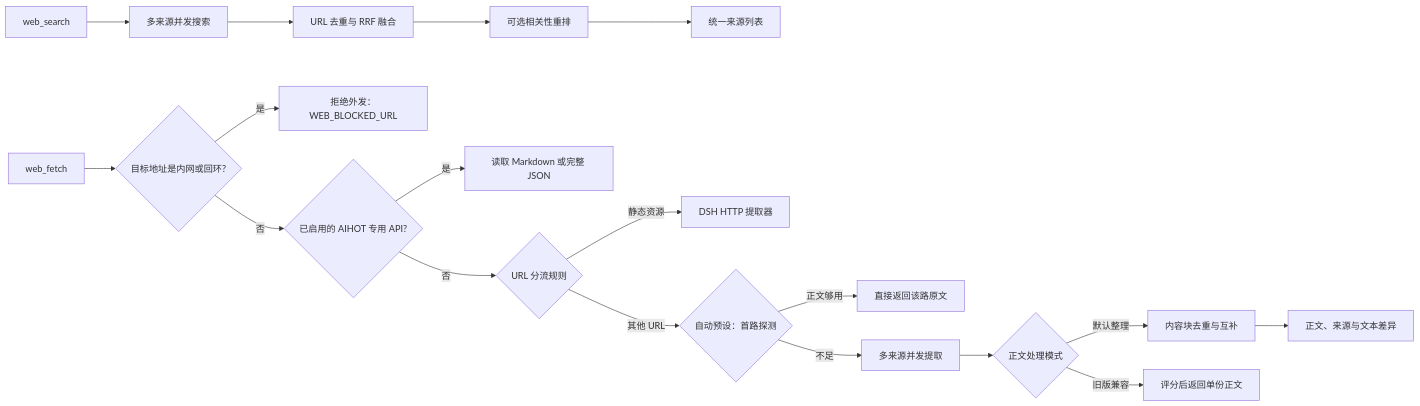
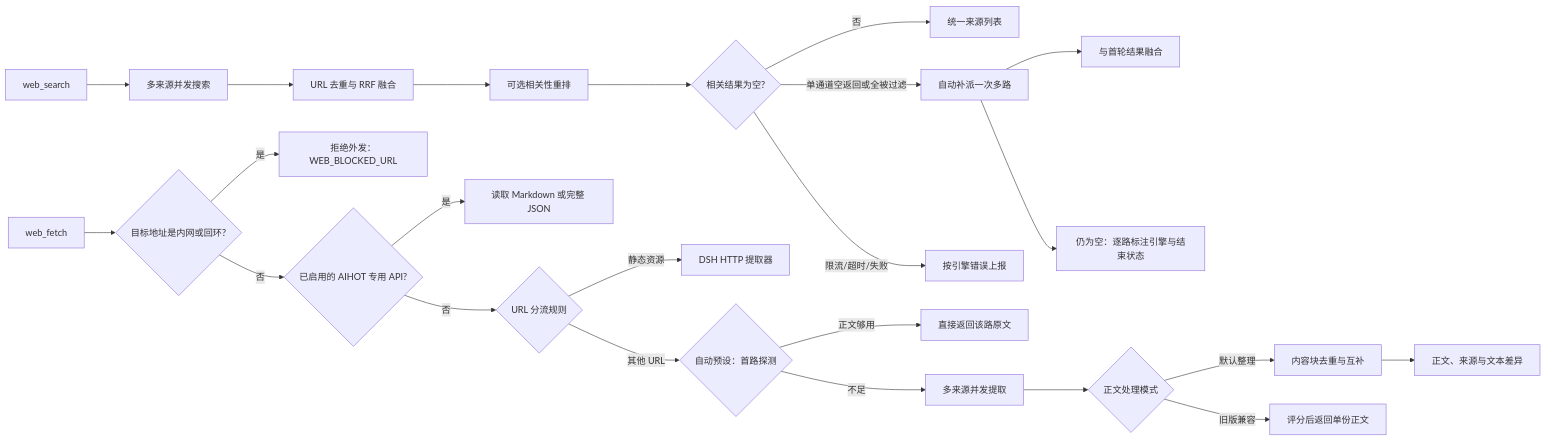
Before and after one commit to qikairo7/dsh-web-search-fetch: the diagram in README.md, drawn with Mermaid. The commit also changed other lines of this file, not shown here.

Commit message:
docs: 工作原理流程图补空结果与补派分支
搜索路径增加相关性过滤后的空结果判定：单通道空返回/全被过滤走自动
补派多路并融合，仍为空逐路标注引擎与结束状态，限流/超时/失败按引擎
错误上报；图下补一段文字说明对齐实际行为。Closes #27

````diff
--- a/README.md
+++ b/README.md
@@ -234,20 +234,25 @@
 ```mermaid
 flowchart LR
     Search[web_search] --> Fanout[多来源并发搜索]
     Fanout --> Fusion[URL 去重与 RRF 融合]
     Fusion --> Rerank[可选相关性重排]
-    Rerank --> Sources[统一来源列表]
+    Rerank --> RelEmpty{相关结果为空?}
+    RelEmpty -->|否| Sources[统一来源列表]
+    RelEmpty -->|单通道空返回或全被过滤| Escalate[自动补派一次多路]
+    RelEmpty -->|限流/超时/失败| Error[按引擎错误上报]
+    Escalate --> Fusion2[与首轮结果融合]
+    Escalate --> Still[仍为空：逐路标注引擎与结束状态]
     Fetch[web_fetch] --> Guard{目标地址是内网或回环?}
     Guard -->|是| Blocked[拒绝外发：WEB_BLOCKED_URL]
     Guard -->|否| API{已启用的 AIHOT 专用 API?}
     API -->|是| AIHOT[读取 Markdown 或完整 JSON]
     API -->|否| Route{URL 分流规则}
     Route -->|静态资源| HTTP[DSH HTTP 提取器]
     Route -->|其他 URL| Probe{自动预设：首路探测}
     Probe -->|正文够用| Original[直接返回该路原文]
     Probe -->|不足| Extract[多来源并发提取]
     Extract --> Mode{正文处理模式}
     Mode -->|默认整理| Organize[内容块去重与互补]
     Organize --> Body[正文、来源与文本差异]
     Mode -->|旧版兼容| Select[评分后返回单份正文]
 ```
````
